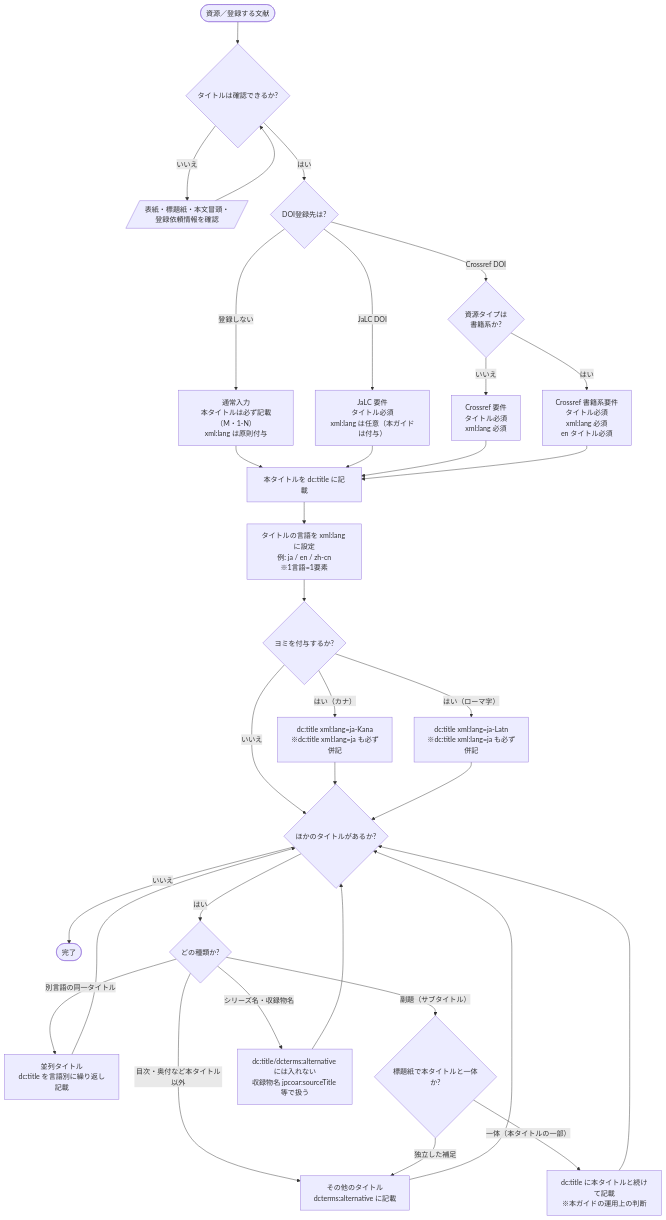
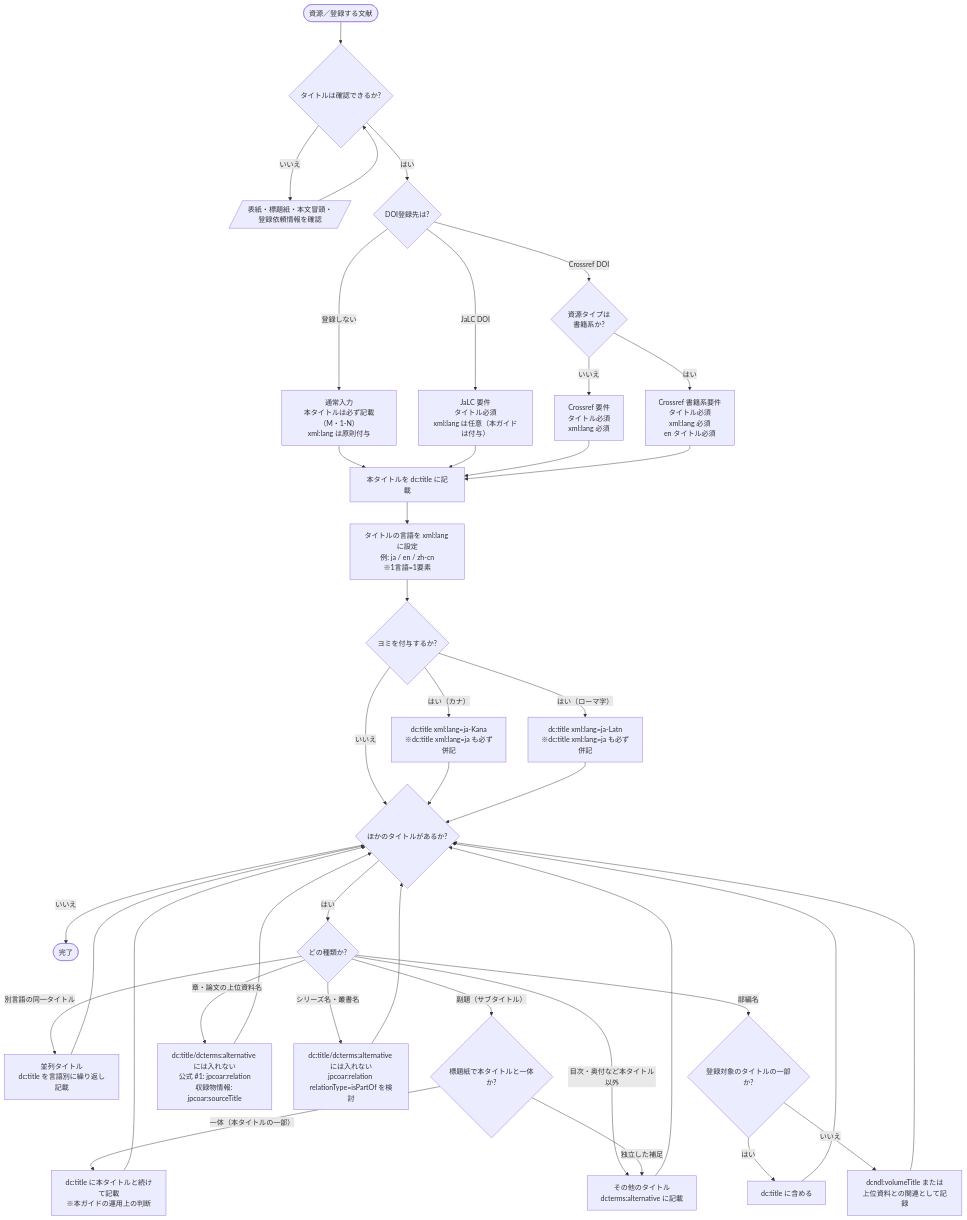
One commit to tzhaya/jpcoarschema-helper changed the diagram in decision-trees/title.md. Above: the diagram before and after it, drawn with Mermaid. The commit also changed other lines of this file, not shown here.

Commit message:
Fix title guidance for series and volume titles

````diff
--- a/decision-trees/title.md
+++ b/decision-trees/title.md
@@ -57,48 +58,55 @@
 ```mermaid
 flowchart TD
     R([資源／登録する文献]) --> D0{タイトルは確認できるか?}
     D0 -- いいえ --> A0[/表紙・標題紙・本文冒頭・登録依頼情報を確認/]
     A0 --> D0
     D0 -- はい --> Q1{DOI登録先は?}
 
     Q1 -- 登録しない --> CTX0["通常入力<br/>本タイトルは必ず記載（M・1-N）<br/>xml:lang は原則付与"]
     Q1 -- JaLC DOI --> CTX1["JaLC 要件<br/>タイトル必須<br/>xml:lang は任意（本ガイドは付与）"]
     Q1 -- Crossref DOI --> Q1a{資源タイプは<br/>書籍系か?}
 
     Q1a -- いいえ --> CTX2["Crossref 要件<br/>タイトル必須<br/>xml:lang 必須"]
     Q1a -- はい --> CTX3["Crossref 書籍系要件<br/>タイトル必須<br/>xml:lang 必須<br/>en タイトル必須"]
 
     CTX0 --> P1
     CTX1 --> P1
     CTX2 --> P1
     CTX3 --> P1
 
     P1["本タイトルを dc:title に記載"] --> P2["タイトルの言語を xml:lang に設定<br/>例: ja / en / zh-cn<br/>※1言語=1要素"]
     P2 --> D2{ヨミを付与するか?}
 
     D2 -- "はい（カナ）" --> A2a["dc:title xml:lang=ja-Kana<br/>※dc:title xml:lang=ja も必ず併記"]
     D2 -- "はい（ローマ字）" --> A2b["dc:title xml:lang=ja-Latn<br/>※dc:title xml:lang=ja も必ず併記"]
     D2 -- いいえ --> D3
 
     A2a --> D3
     A2b --> D3
 
     D3{ほかのタイトルがあるか?}
     D3 -- いいえ --> END
     D3 -- はい --> D3a{どの種類か?}
 
     D3a -- "別言語の同一タイトル" --> A3a["並列タイトル<br/>dc:title を言語別に繰り返し記載"]
     D3a -- "副題（サブタイトル）" --> D3b{標題紙で本タイトルと一体か?}
     D3a -- "目次・奥付など本タイトル以外" --> A3b["その他のタイトル<br/>dcterms:alternative に記載"]
-    D3a -- "シリーズ名・収録物名" --> A3d["dc:title/dcterms:alternative には入れない<br/>収録物名 jpcoar:sourceTitle 等で扱う"]
+    D3a -- "章・論文の上位資料名" --> A3d["dc:title/dcterms:alternative には入れない<br/>公式 #1: jpcoar:relation<br/>収録物情報: jpcoar:sourceTitle"]
+    D3a -- "シリーズ名・叢書名" --> A3e["dc:title/dcterms:alternative には入れない<br/>jpcoar:relation relationType=isPartOf を検討"]
+    D3a -- "部編名" --> D3c{登録対象のタイトルの一部か?}
 
     D3b -- "一体（本タイトルの一部）" --> A3c["dc:title に本タイトルと続けて記載<br/>※本ガイドの運用上の判断"]
     D3b -- "独立した補足" --> A3b
+    D3c -- はい --> A3f["dc:title に含める"]
+    D3c -- いいえ --> A3g["dcndl:volumeTitle または<br/>上位資料との関連として記録"]
 
     A3a --> D3
     A3b --> D3
     A3c --> D3
     A3d --> D3
+    A3e --> D3
+    A3f --> D3
+    A3g --> D3
 
     END([完了])
 ```
````
